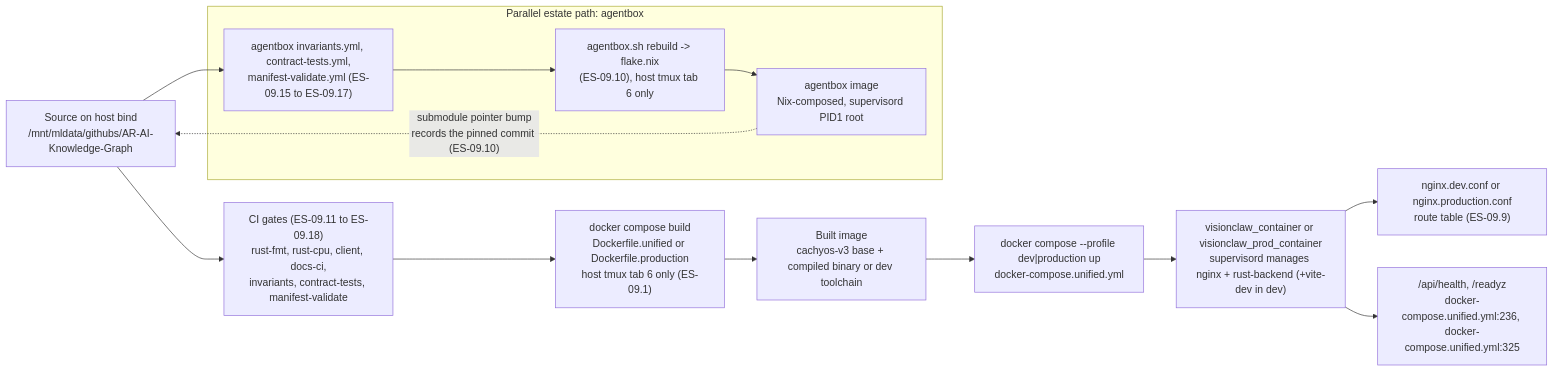
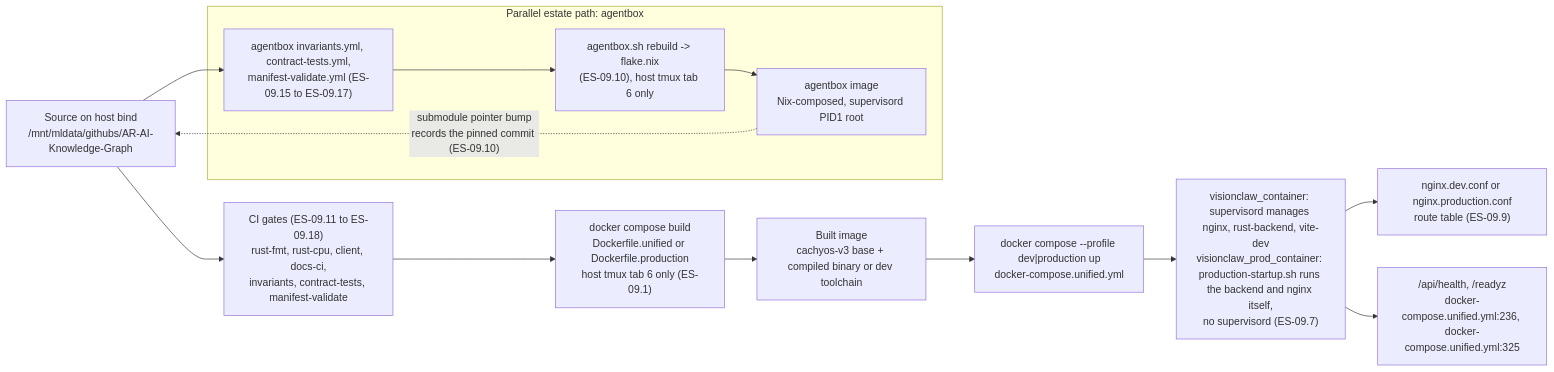
Before and after one commit to DreamLab-AI/VisionFlow: diagram 19 of 24 in docs/diagrams/estate/09-build-deploy-and-ci-estate.md, drawn with Mermaid. The commit also changed other lines of this file and 91 other files, not shown here.

````diff
--- a/docs/diagrams/estate/09-build-deploy-and-ci-estate.md
+++ b/docs/diagrams/estate/09-build-deploy-and-ci-estate.md
@@ -680,27 +706,27 @@
 ```mermaid
 flowchart LR
     SRC["Source on host bind<br/>/mnt/mldata/githubs/AR-AI-Knowledge-Graph"]
     CIGATE["CI gates (ES-09.11 to ES-09.18)<br/>rust-fmt, rust-cpu, client, docs-ci,<br/>invariants, contract-tests, manifest-validate"]
     DOCKERBUILD["docker compose build<br/>Dockerfile.unified or Dockerfile.production<br/>host tmux tab 6 only (ES-09.1)"]
     IMAGE["Built image<br/>cachyos-v3 base + compiled binary or dev toolchain"]
     COMPOSEUP["docker compose --profile dev|production up<br/>docker-compose.unified.yml"]
-    CONTAINER["visionclaw_container or visionclaw_prod_container<br/>supervisord manages nginx + rust-backend (+vite-dev in dev)"]
+    CONTAINER["visionclaw_container: supervisord manages nginx, rust-backend, vite-dev<br/>visionclaw_prod_container: production-startup.sh runs the backend and nginx itself,<br/>no supervisord (ES-09.7)"]
     NGINXROUTE["nginx.dev.conf or nginx.production.conf<br/>route table (ES-09.9)"]
     HEALTH["/api/health, /readyz<br/>docker-compose.unified.yml:236, docker-compose.unified.yml:325"]
 
     SRC --> CIGATE
     CIGATE --> DOCKERBUILD
     DOCKERBUILD --> IMAGE
     IMAGE --> COMPOSEUP
     COMPOSEUP --> CONTAINER
     CONTAINER --> NGINXROUTE
     CONTAINER --> HEALTH
 
     subgraph AGENTBOXPARALLEL["Parallel estate path: agentbox"]
         ABGATE["agentbox invariants.yml, contract-tests.yml,<br/>manifest-validate.yml (ES-09.15 to ES-09.17)"]
         ABFLAKE["agentbox.sh rebuild -> flake.nix<br/>(ES-09.10), host tmux tab 6 only"]
         ABIMAGE["agentbox image<br/>Nix-composed, supervisord PID1 root"]
     end
     SRC --> ABGATE --> ABFLAKE --> ABIMAGE
     ABIMAGE -.->|"submodule pointer bump<br/>records the pinned commit (ES-09.10)"| SRC
 ```
````
